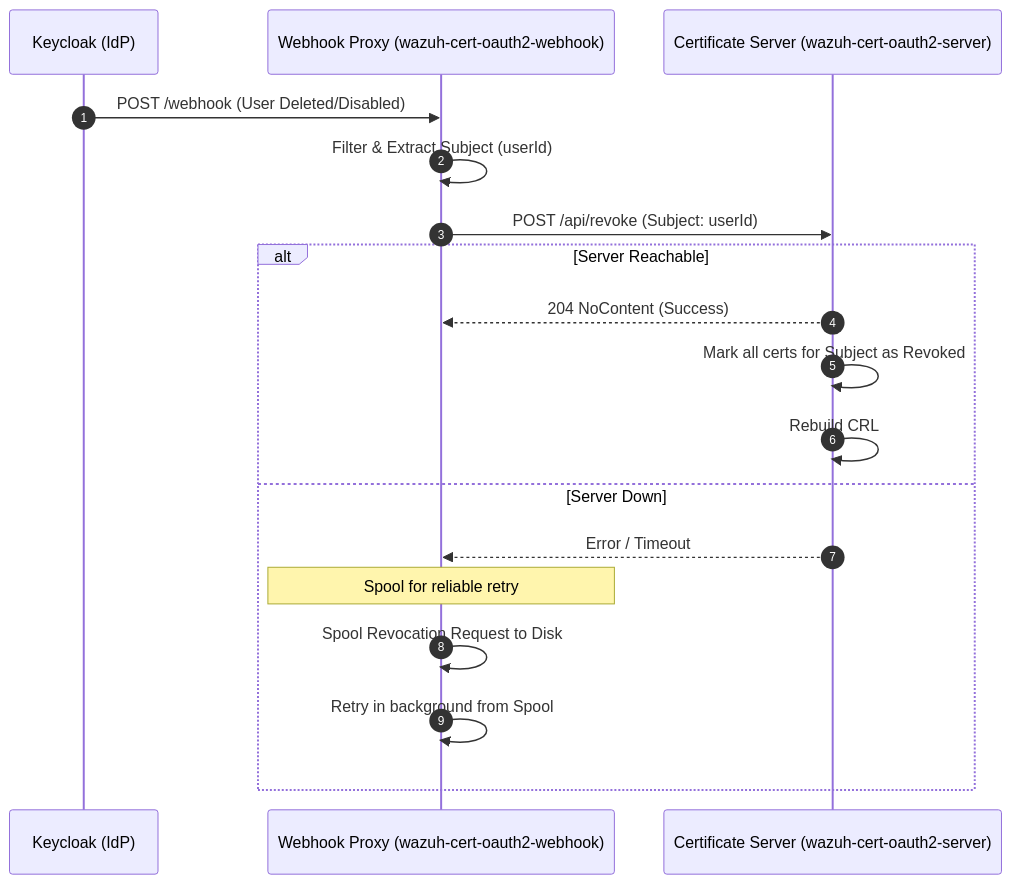
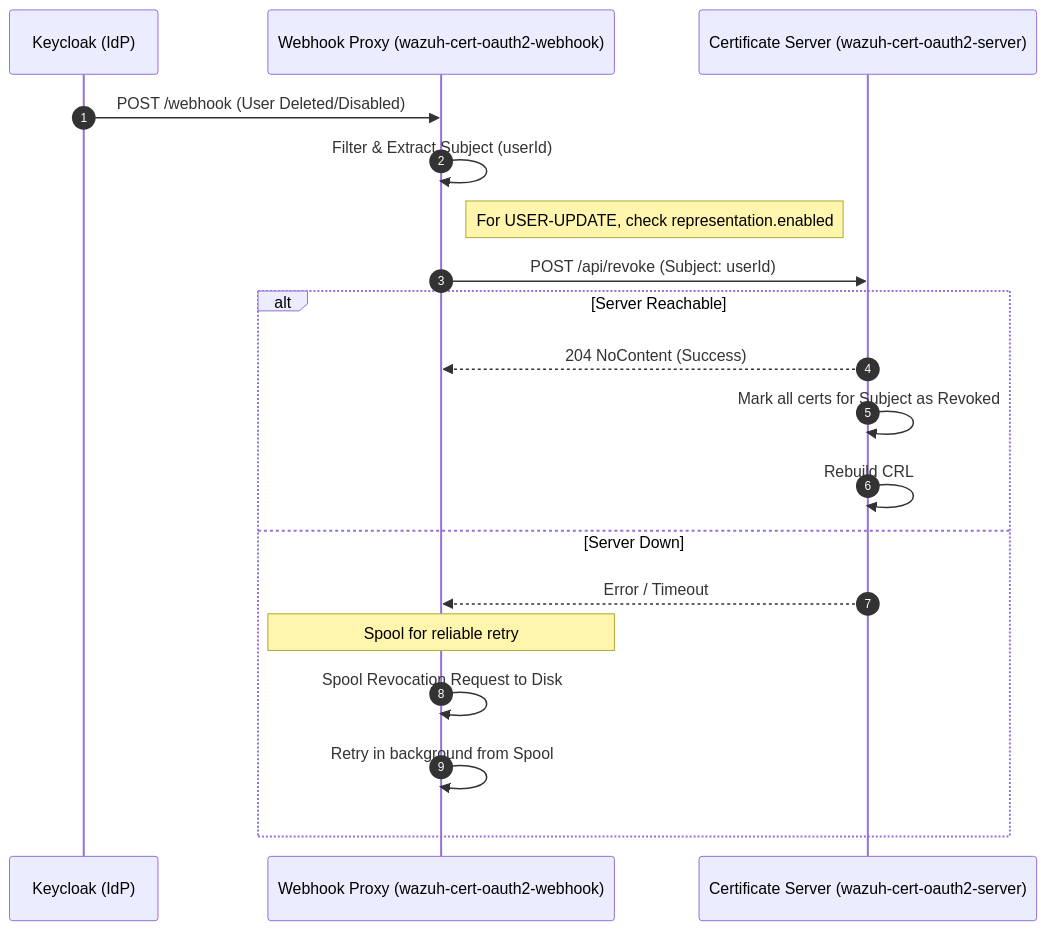
One commit to ADORSYS-GIS/wazuh-cert-oauth2 changed the second of 5 diagrams in docs/architecture.md. Above: the diagram before and after it, drawn with Mermaid. The commit also changed other lines of this file and 2 other files, not shown here.

Commit message:
docs: update README and architecture to clarify eviction logic and API interactions

````diff
--- a/docs/architecture.md
+++ b/docs/architecture.md
@@ -68,24 +68,25 @@
 ```mermaid
 sequenceDiagram
     autonumber
 
     participant Keycloak as Keycloak (IdP)
     participant Webhook as Webhook Proxy (wazuh-cert-oauth2-webhook)
     participant Server as Certificate Server (wazuh-cert-oauth2-server)
 
     Keycloak->>Webhook: POST /webhook (User Deleted/Disabled)
     Webhook->>Webhook: Filter & Extract Subject (userId)
+    Note right of Webhook: For USER-UPDATE, check representation.enabled
 
     Webhook->>Server: POST /api/revoke (Subject: userId)
     
     alt Server Reachable
         Server-->>Webhook: 204 NoContent (Success)
         Server->>Server: Mark all certs for Subject as Revoked
         Server->>Server: Rebuild CRL
     else Server Down
         Server-->>Webhook: Error / Timeout
         Note over Webhook: Spool for reliable retry
         Webhook->>Webhook: Spool Revocation Request to Disk
         Webhook->>Webhook: Retry in background from Spool
     end
 ```
````
